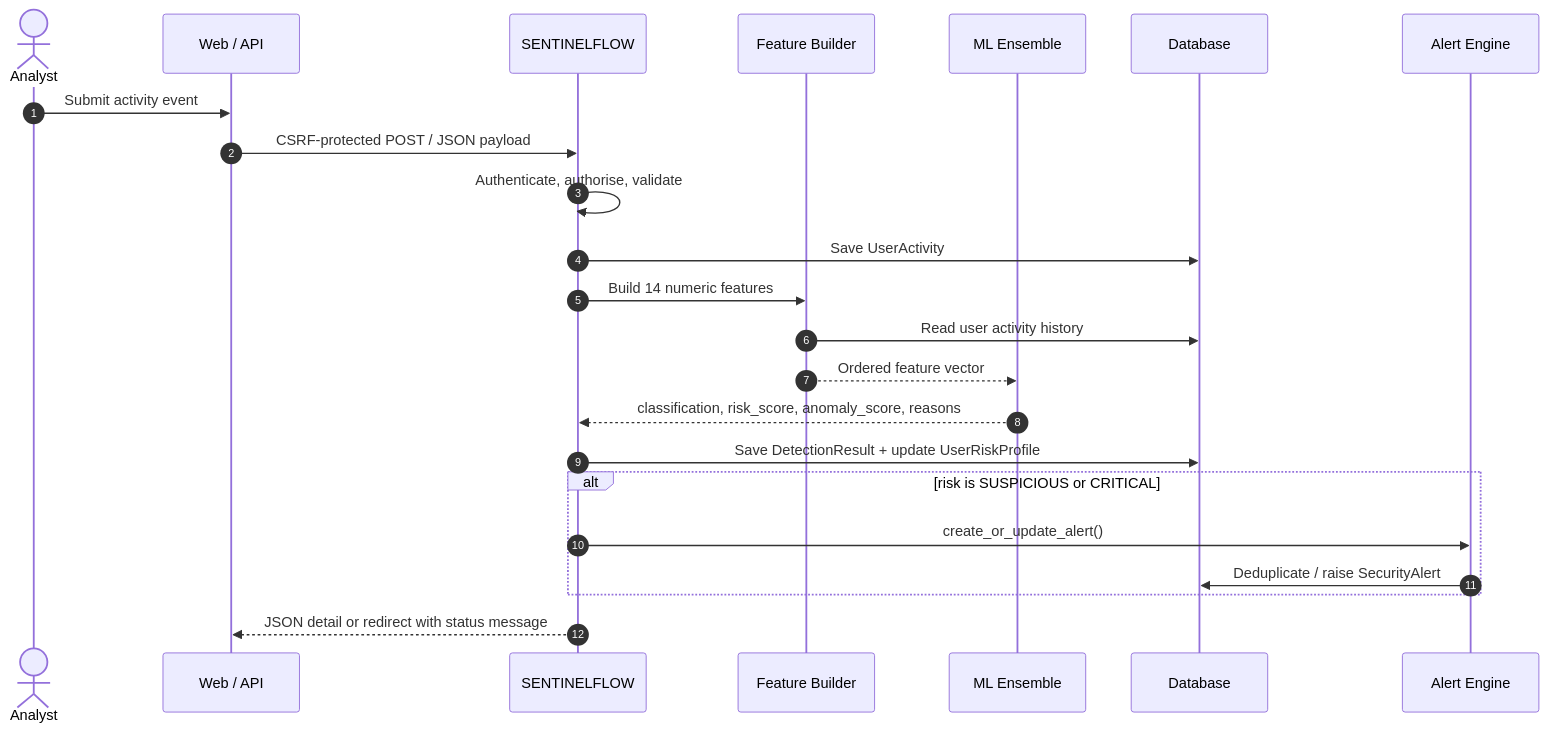
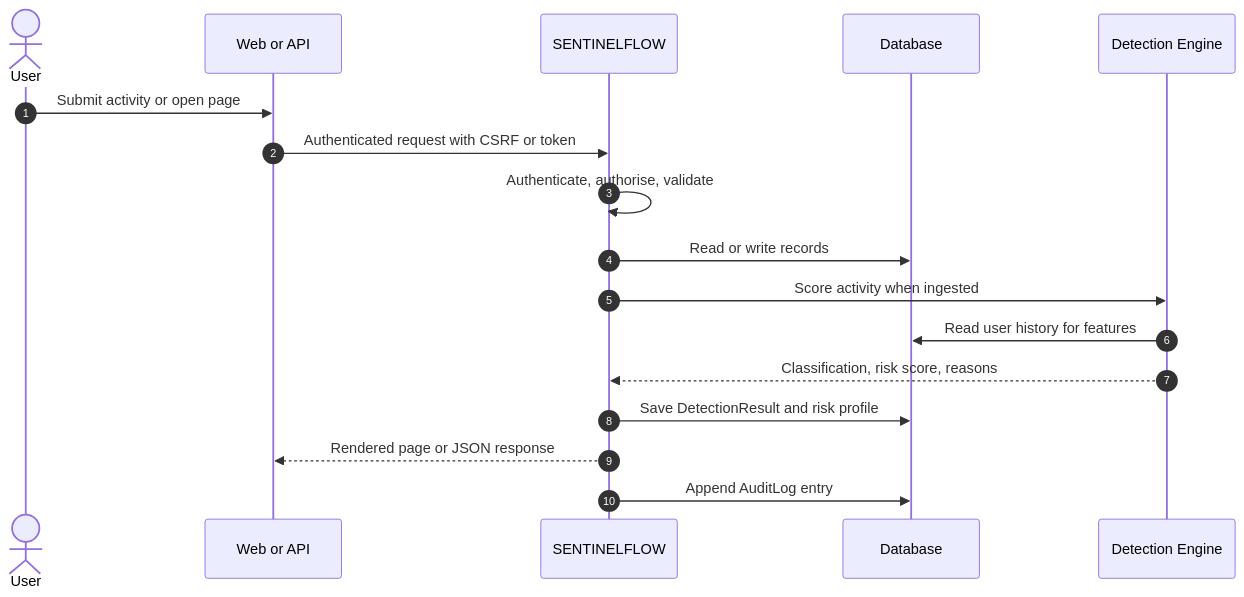
The second of 8 diagrams in SENTINELFLOW/README.md (Njbalamani/SENTINELFLOW), drawn with Mermaid before and after one commit. The commit also changed other lines of this file and 3 other files, not shown here.

````diff
--- a/SENTINELFLOW/README.md
+++ b/SENTINELFLOW/README.md
@@ -104,26 +134,20 @@
 ```mermaid
 sequenceDiagram
     autonumber
-    actor Analyst
-    participant UI as Web / API
-    participant Django as SENTINELFLOW
-    participant Feature as Feature Builder
-    participant Model as ML Ensemble
+    actor User
+    participant Web as Web or API
+    participant App as SENTINELFLOW
     participant DB as Database
-    participant Alert as Alert Engine
+    participant ML as Detection Engine
 
-    Analyst->>UI: Submit activity event
-    UI->>Django: CSRF-protected POST / JSON payload
-    Django->>Django: Authenticate, authorise, validate
-    Django->>DB: Save UserActivity
-    Django->>Feature: Build 14 numeric features
-    Feature->>DB: Read user activity history
-    Feature-->>Model: Ordered feature vector
-    Model-->>Django: classification, risk_score, anomaly_score, reasons
-    Django->>DB: Save DetectionResult + update UserRiskProfile
-    alt risk is SUSPICIOUS or CRITICAL
-        Django->>Alert: create_or_update_alert()
-        Alert->>DB: Deduplicate / raise SecurityAlert
-    end
-    Django-->>UI: JSON detail or redirect with status message
+    User->>Web: Submit activity or open page
+    Web->>App: Authenticated request with CSRF or token
+    App->>App: Authenticate, authorise, validate
+    App->>DB: Read or write records
+    App->>ML: Score activity when ingested
+    ML->>DB: Read user history for features
+    ML-->>App: Classification, risk score, reasons
+    App->>DB: Save DetectionResult and risk profile
+    App-->>Web: Rendered page or JSON response
+    App->>DB: Append AuditLog entry
 ```
````
